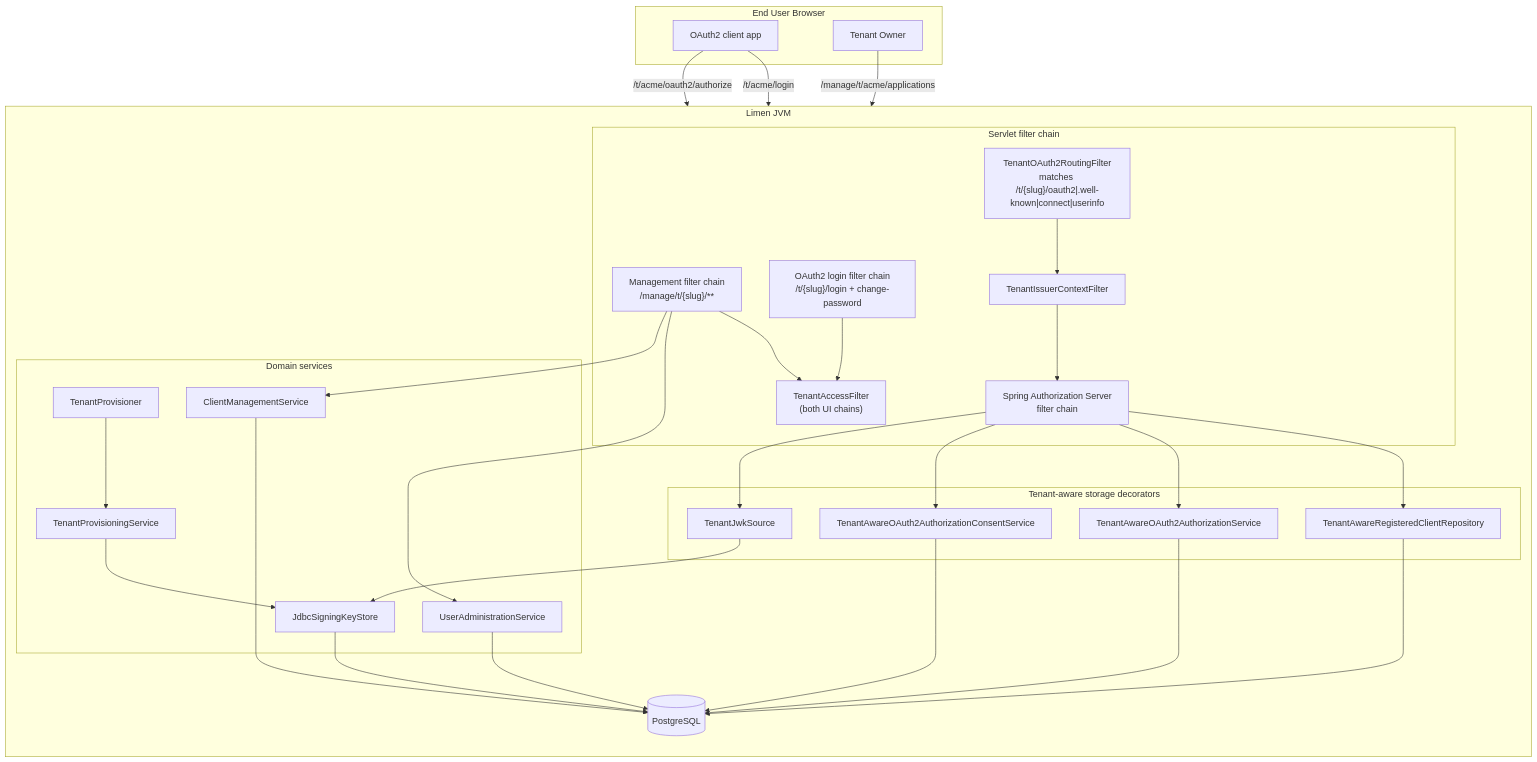
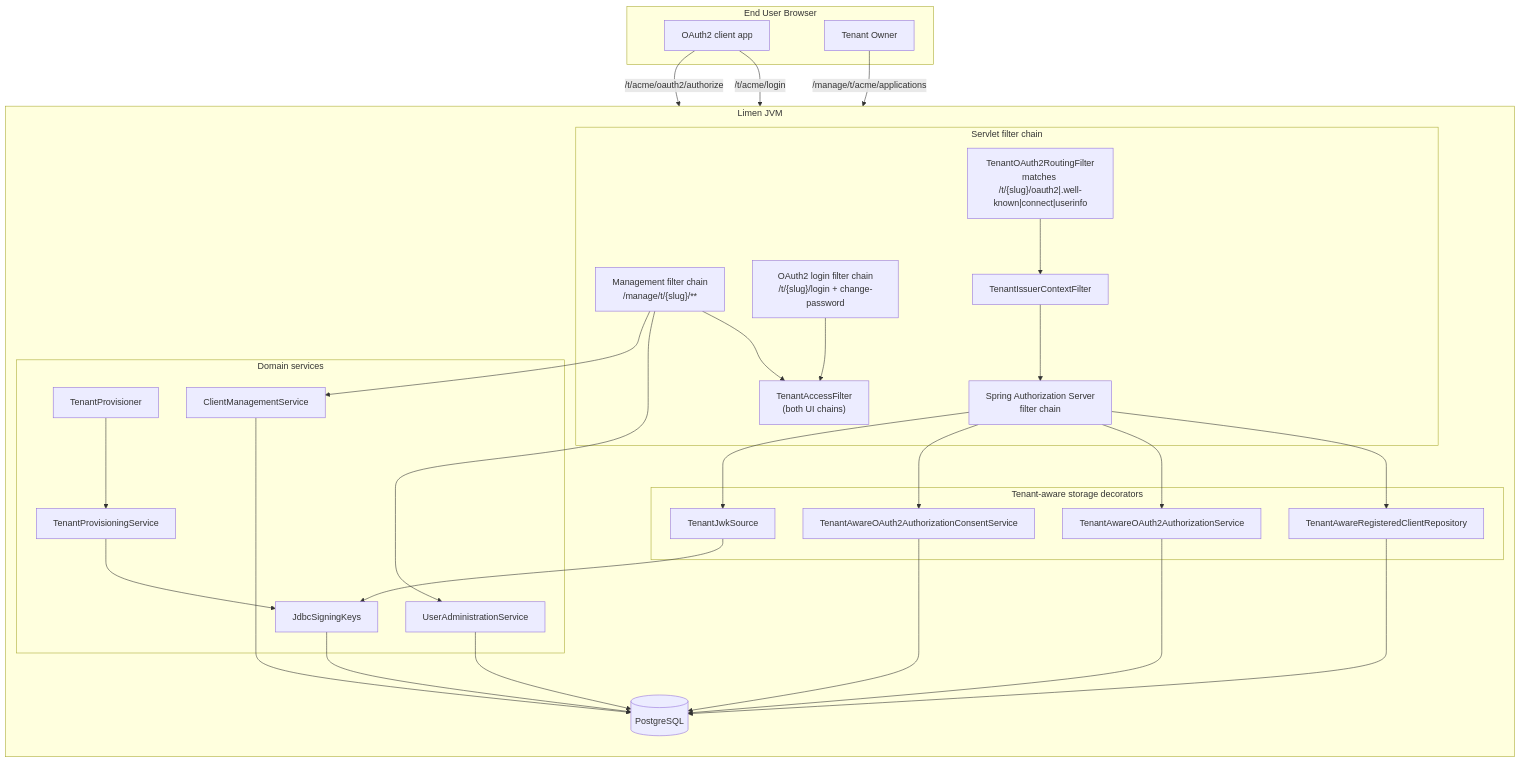
One commit to stucray/limen changed the second of 8 diagrams in docs/reference/architecture.md. Above: the diagram before and after it, drawn with Mermaid. The commit also changed other lines of this file and 15 other files, not shown here.

First line of the commit message:
refactor(security): split SigningKeyStore by consumer role (#261)

````diff
--- a/docs/reference/architecture.md
+++ b/docs/reference/architecture.md
@@ -160,59 +160,59 @@
 ```mermaid
 flowchart TB
     subgraph "End User Browser"
       EU[OAuth2 client app]
       MGT[Tenant Owner]
     end
 
     subgraph "Limen JVM"
       direction TB
 
       subgraph "Servlet filter chain"
         ROUT["TenantOAuth2RoutingFilter<br/>matches /t/{slug}/oauth2|.well-known|connect|userinfo"]
         ISS[TenantIssuerContextFilter]
         SAS["Spring Authorization Server<br/>filter chain"]
         OAL["OAuth2 login filter chain<br/>/t/{slug}/login + change-password"]
         MGTC["Management filter chain<br/>/manage/t/{slug}/**"]
         TAF["TenantAccessFilter<br/>(both UI chains)"]
       end
 
       subgraph "Tenant-aware storage decorators"
         TRCR[TenantAwareRegisteredClientRepository]
         TAS[TenantAwareOAuth2AuthorizationService]
         TACS[TenantAwareOAuth2AuthorizationConsentService]
         TJWK[TenantJwkSource]
       end
 
       subgraph "Domain services"
         TP[TenantProvisioner]
         TPS[TenantProvisioningService]
-        SKS[JdbcSigningKeyStore]
+        SKS[JdbcSigningKeys]
         UAS[UserAdministrationService]
         CMS[ClientManagementService]
       end
 
       DB[(PostgreSQL)]
     end
 
     EU -->|/t/acme/oauth2/authorize| ROUT
     EU -->|/t/acme/login| OAL
     MGT -->|/manage/t/acme/applications| MGTC
     MGTC --> TAF
     OAL --> TAF
     ROUT --> ISS --> SAS
     SAS --> TRCR
     SAS --> TAS
     SAS --> TACS
     SAS --> TJWK
     MGTC --> UAS
     MGTC --> CMS
     TP --> TPS
     TPS --> SKS
     TRCR --> DB
     TAS --> DB
     TACS --> DB
     TJWK --> SKS
     SKS --> DB
     UAS --> DB
     CMS --> DB
 ```
````
